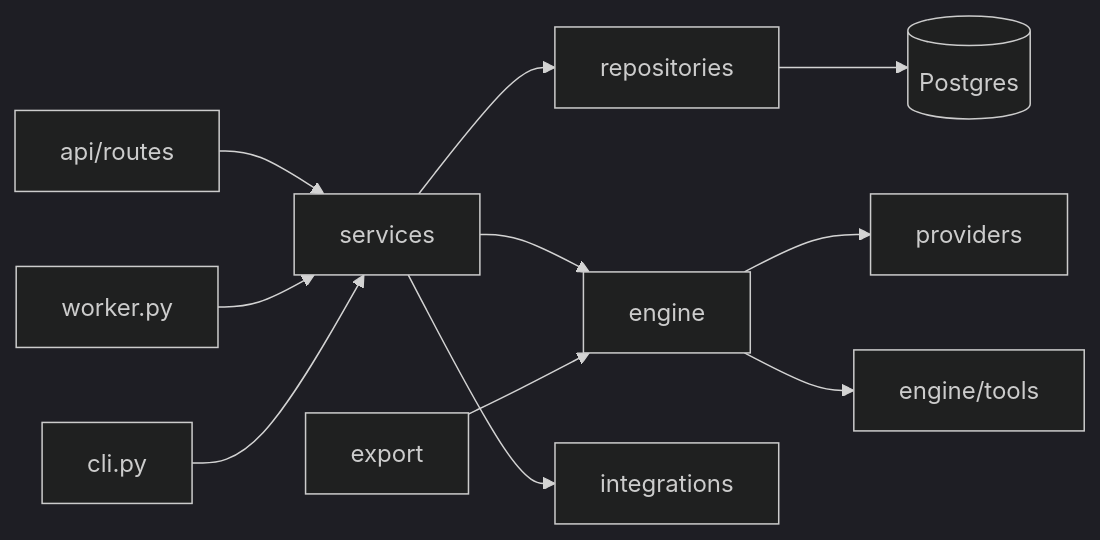
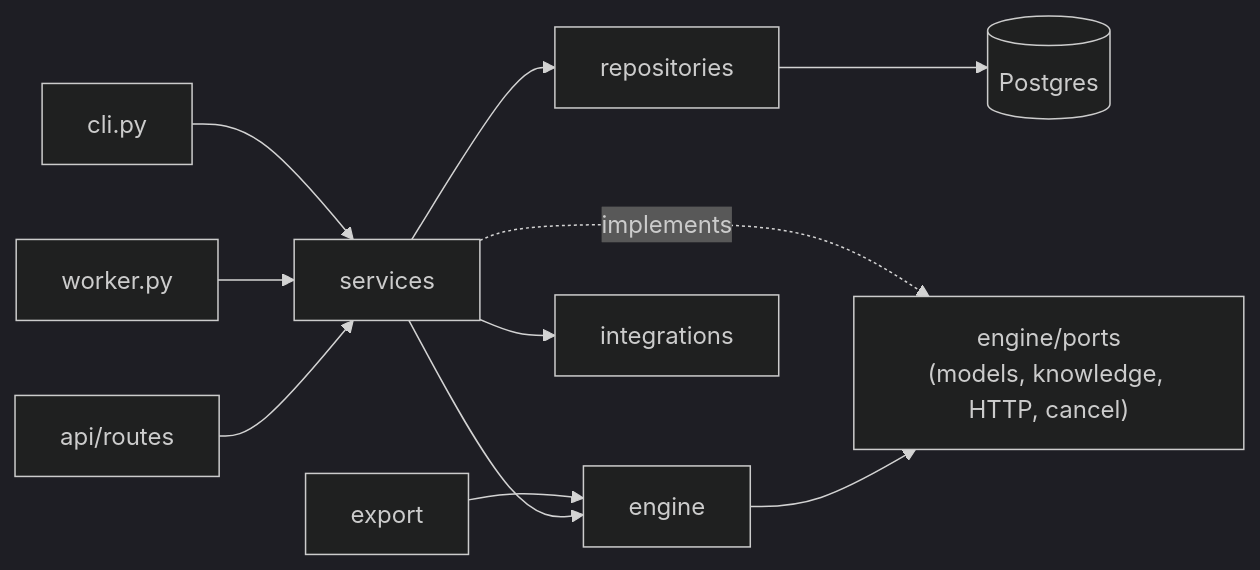
Before and after one commit to euron-sde-team/euron-agent-studio: the diagram in docs/architecture/LLD.md, drawn with Mermaid (dark theme). The commit also changed other lines of this file, not shown here.

````diff
--- a/docs/architecture/LLD.md
+++ b/docs/architecture/LLD.md
@@ -29,12 +30,12 @@
 ```mermaid
 flowchart LR
   routes["api/routes"] --> services
   services --> repositories --> db[(Postgres)]
   services --> engine
   services --> integrations
-  engine --> providers
-  engine --> tools["engine/tools"]
+  engine --> ports["engine/ports<br/>(models, knowledge, HTTP, cancel)"]
+  services -. implements .-> ports
   export --> engine
   worker["worker.py"] --> services
   cli["cli.py"] --> services
 ```
````
